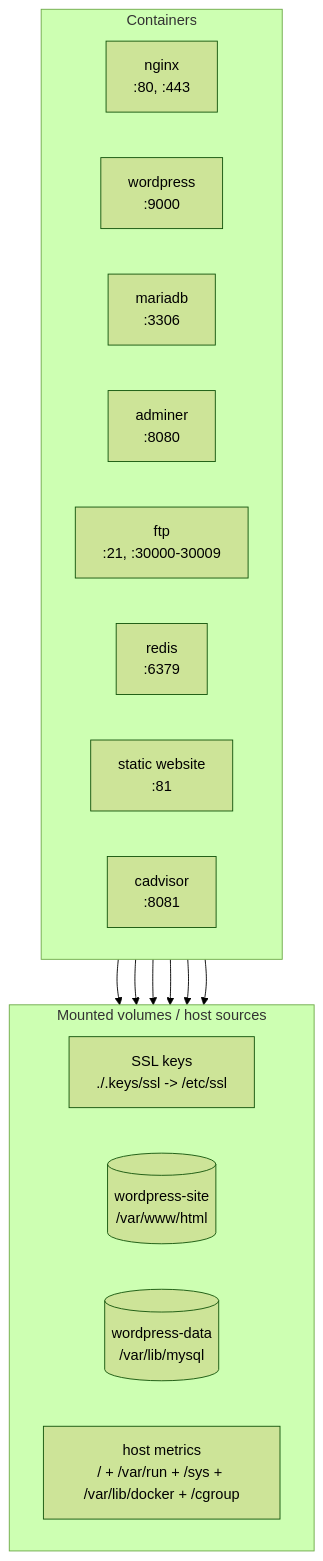
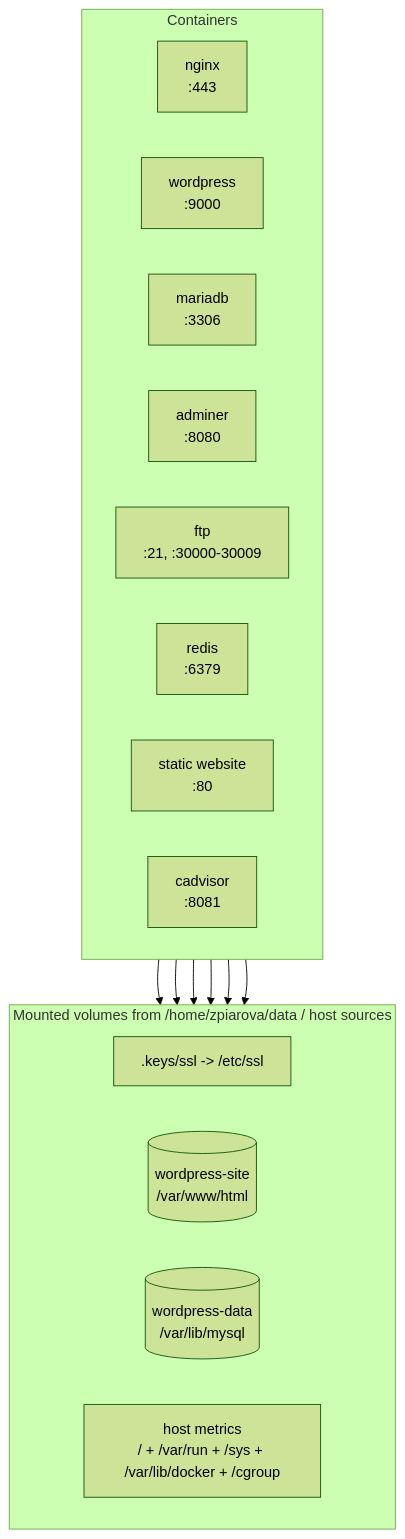
One commit to zuzanapiarova/42-inception changed the diagram in README.md. Above: the diagram before and after it, drawn with Mermaid (forest theme). The commit also changed other lines of this file and 2 other files, not shown here.

````diff
--- a/README.md
+++ b/README.md
@@ -26,29 +26,29 @@
 ```mermaid
 flowchart TB
     subgraph Containers["Containers"]
         direction LR
-        Nginx["nginx\n:80, :443"]
+        Nginx["nginx\n:443"]
         WP["wordpress\n:9000"]
         DB["mariadb\n:3306"]
         Adminer["adminer\n:8080"]
         FTP["ftp\n:21, :30000-30009"]
         Redis["redis\n:6379"]
-        Static["static website\n:81"]
+        Static["static website\n:80"]
         Cadvisor["cadvisor\n:8081"]
     end
 
-    subgraph Mounts["Mounted volumes / host sources"]
+    subgraph Mounts["Mounted volumes from /home/zpiarova/data / host sources"]
         direction LR
-        SSL["SSL keys\n./.keys/ssl -> /etc/ssl"]
+        SSL[".keys/ssl -> /etc/ssl"]
         SiteVol[("wordpress-site\n/var/www/html")]
         DBVol[("wordpress-data\n/var/lib/mysql")]
         CadvisorSources["host metrics\n/ + /var/run + /sys + /var/lib/docker + /cgroup"]
     end
 
     Nginx --> SSL
     Nginx --> SiteVol
     WP --> SiteVol
     FTP --> SiteVol
     DB --> DBVol
     Cadvisor --> CadvisorSources
 ```
````
